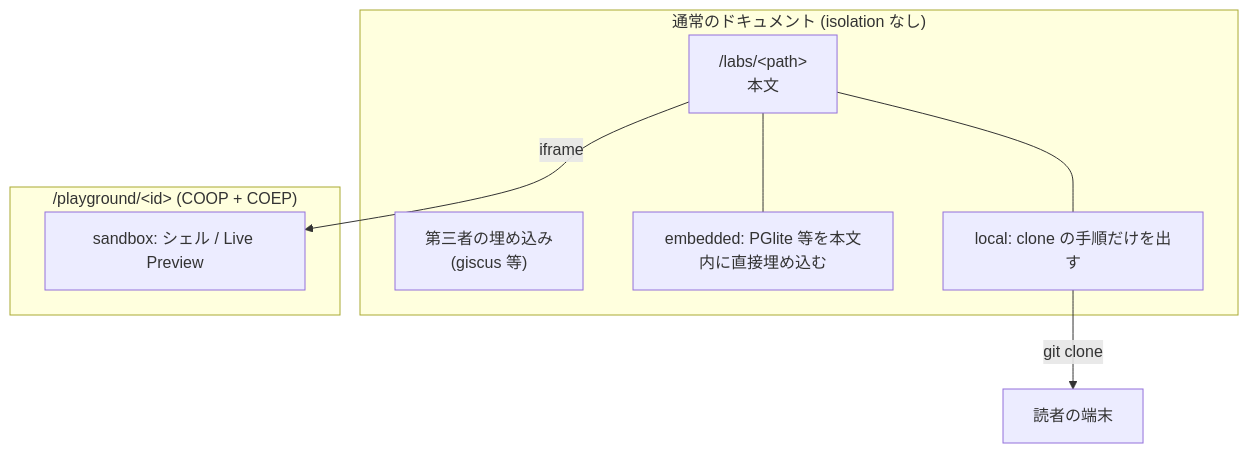
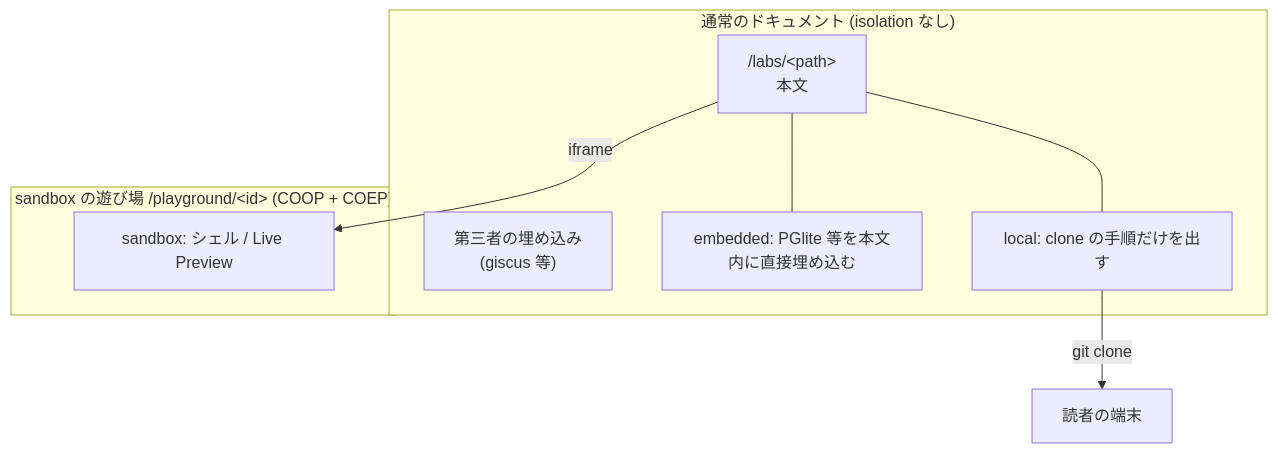
Before and after one commit to Fukuemon/fukuemon.dev: the first of 2 diagrams in apps/web/src/features/lab/DesignDoc.md, drawn with Mermaid. The commit also changed other lines of this file and 4 other files, not shown here.

````diff
--- a/apps/web/src/features/lab/DesignDoc.md
+++ b/apps/web/src/features/lab/DesignDoc.md
@@ -156,16 +161,16 @@
 ```mermaid
 flowchart TD
     subgraph normal ["通常のドキュメント (isolation なし)"]
         art["/labs/&lt;path&gt;<br/>本文"]
         ext["第三者の埋め込み<br/>(giscus 等)"]
         l1["embedded: PGlite 等を本文内に直接埋め込む"]
         lo["local: clone の手順だけを出す"]
         art --- l1
         art --- lo
     end
-    subgraph isolated ["/playground/&lt;id&gt; (COOP + COEP)"]
+    subgraph isolated ["sandbox の遊び場 /playground/&lt;id&gt; (COOP + COEP)"]
         pg["sandbox: シェル / Live Preview"]
     end
     art -->|"iframe"| pg
     lo -->|"git clone"| host["読者の端末"]
 ```
````
